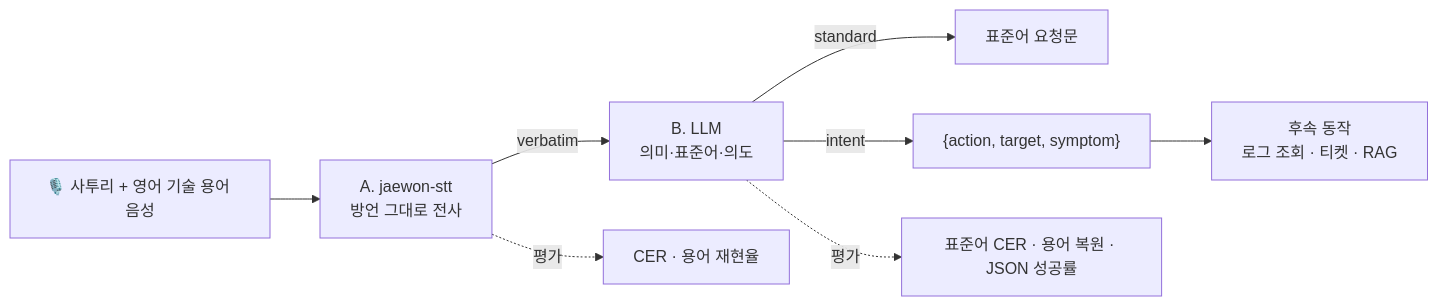
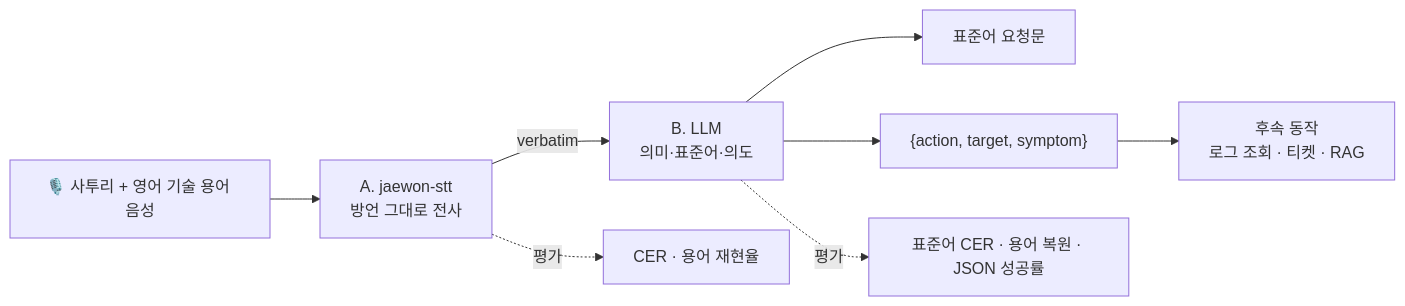
Before and after one commit to david365-lee/korean-dialect-stt: the second of 3 diagrams in README.md, drawn with Mermaid. The commit also changed other lines of this file and 30 other files, not shown here.

First line of the commit message:
Final README: single document, vivid charts, GPU/CPU split

````diff
--- a/README.md
+++ b/README.md
@@ -181,10 +174,10 @@
 ```mermaid
 flowchart LR
     U["🎙️ 사투리 + 영어 기술 용어 음성"] --> A["A. jaewon-stt<br/>방언 그대로 전사"]
     A -->|verbatim| B["B. LLM<br/>의미·표준어·의도"]
-    B -->|standard| S["표준어 요청문"]
-    B -->|intent| I["{action, target, symptom}"]
+    B --> S["표준어 요청문"]
+    B --> I["{action, target, symptom}"]
     I --> X["후속 동작<br/>로그 조회 · 티켓 · RAG"]
     A -.평가.-> M1["CER · 용어 재현율"]
     B -.평가.-> M2["표준어 CER · 용어 복원 · JSON 성공률"]
 ```
````
